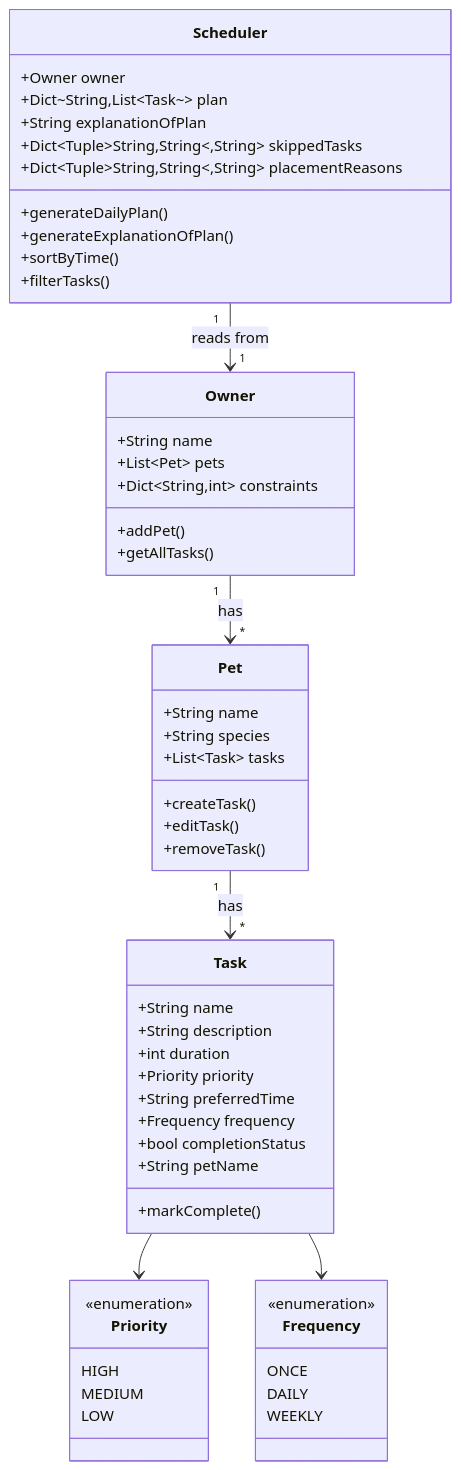
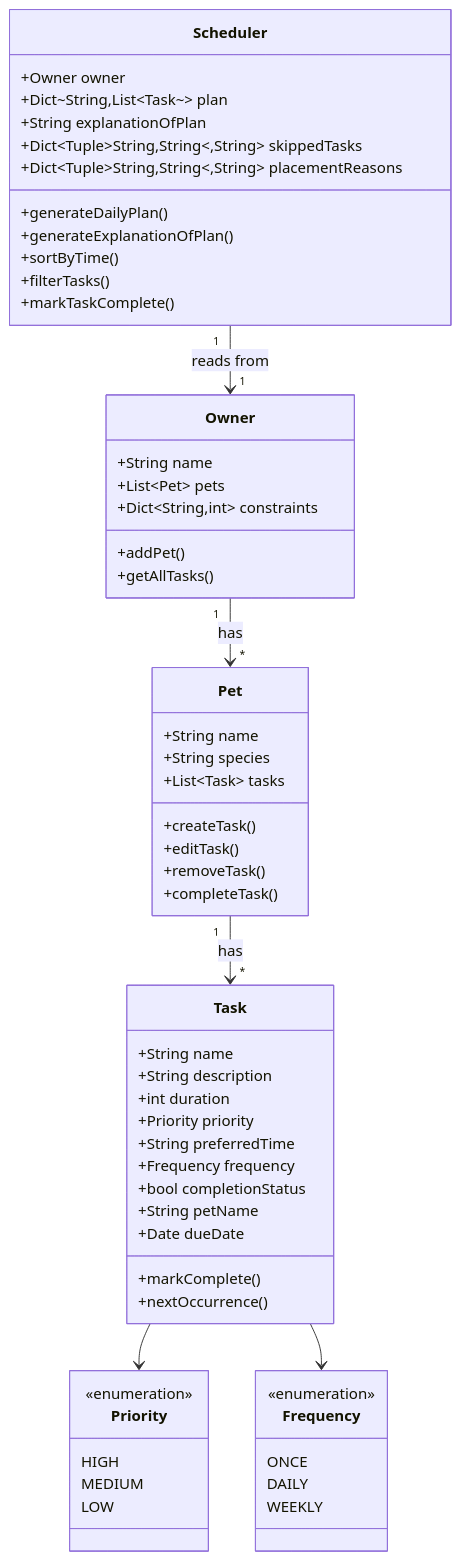
One commit to salvillalon45/ai110-module2show-pawpal-starter changed the diagram in diagrams/uml.mmd. Above: the diagram before and after it, drawn with Mermaid. The commit also changed 3 other files, not shown here.

```diff
--- a/diagrams/uml.mmd
+++ b/diagrams/uml.mmd
@@ -1,61 +1,65 @@
 classDiagram
     class Owner {
         +String name
         +List~Pet~ pets 
         +Dict~String,int~ constraints
         +addPet()
         +getAllTasks()
     }
 
     class Task {
         +String name
         +String description
         +int duration
         +Priority priority
         +String preferredTime
         +Frequency frequency
         +bool completionStatus
         +String petName
+        +Date dueDate
         +markComplete()
+        +nextOccurrence()
     }
 
     class Priority {
         <<enumeration>>
         HIGH
         MEDIUM
         LOW
     }
 
     class Frequency {
         <<enumeration>>
         ONCE
         DAILY
         WEEKLY
     }
 
     class Pet {
         +String name
         +String species
         +List~Task~ tasks
         +createTask()
         +editTask()
         +removeTask()
+        +completeTask()
     }
 
     class Scheduler {
         +Owner owner
         +Dict~String,List~Task~~ plan
         +String explanationOfPlan
         +Dict~Tuple~String,String~,String~ skippedTasks
         +Dict~Tuple~String,String~,String~ placementReasons
         +generateDailyPlan()
         +generateExplanationOfPlan()
         +sortByTime()
         +filterTasks()
+        +markTaskComplete()
     }
 
     Pet "1" --> "*" Task : has
     Task --> Priority
     Task --> Frequency
     Owner "1" --> "*" Pet : has
     Scheduler "1" --> "1" Owner : reads from
```
